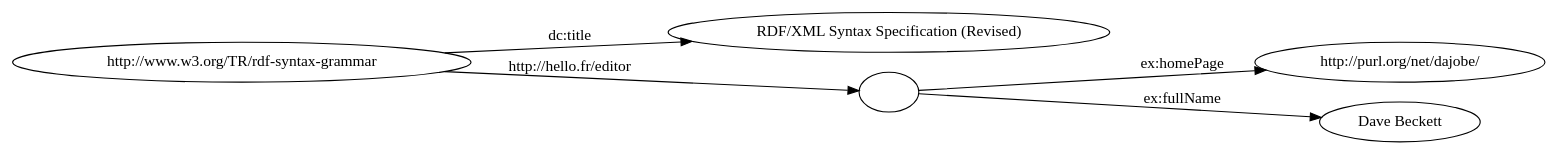
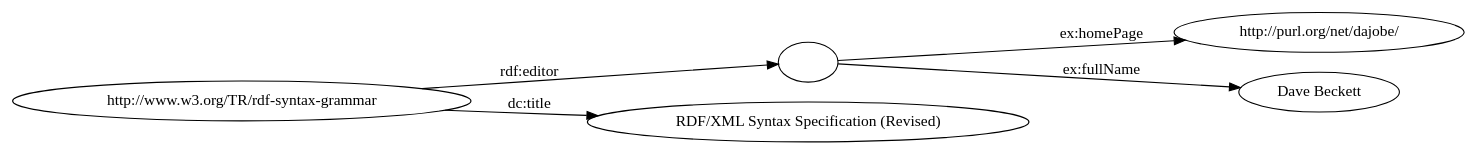
The diagram in example.dot (zoggy/ocaml-rdf), drawn with Graphviz before and after one commit. The commit also changed 262 other files, not shown here.

```diff
--- a/example.dot
+++ b/example.dot
@@ -1,13 +1,13 @@
 digraph g {
 rankdir=LR;
 fontsize=10;
+Ne2a1e495eebb9355f65c35b221baf3e2 -> Ne54aee194d07b0a51353acf2a842aba1 [label="rdf:editor"];
 Ne2a1e495eebb9355f65c35b221baf3e2 -> N081f23b7e7aaf8093d5fb128430cafef [label="dc:title"];
-Ne2a1e495eebb9355f65c35b221baf3e2 -> Nf0912b57d3bbf894a5888d3da2ad60fd [label="http://hello.fr/editor"];
-Nf0912b57d3bbf894a5888d3da2ad60fd -> N80b52def747e8748199c1a0cf66cb35c [label="ex:homePage"];
-Nf0912b57d3bbf894a5888d3da2ad60fd -> N53f271b8d0cef8e809247713c99c736b [label="ex:fullName"];
-Nf0912b57d3bbf894a5888d3da2ad60fd [ label="" ];
+Ne54aee194d07b0a51353acf2a842aba1 -> N80b52def747e8748199c1a0cf66cb35c [label="ex:homePage"];
+Ne54aee194d07b0a51353acf2a842aba1 -> N53f271b8d0cef8e809247713c99c736b [label="ex:fullName"];
+Ne54aee194d07b0a51353acf2a842aba1 [ label="" ];
 N53f271b8d0cef8e809247713c99c736b [ label="Dave Beckett" ];
 N081f23b7e7aaf8093d5fb128430cafef [ label="RDF/XML Syntax Specification (Revised)" ];
 N80b52def747e8748199c1a0cf66cb35c [ label="http://purl.org/net/dajobe/" ];
 Ne2a1e495eebb9355f65c35b221baf3e2 [ label="http://www.w3.org/TR/rdf-syntax-grammar" ];
 }
```
